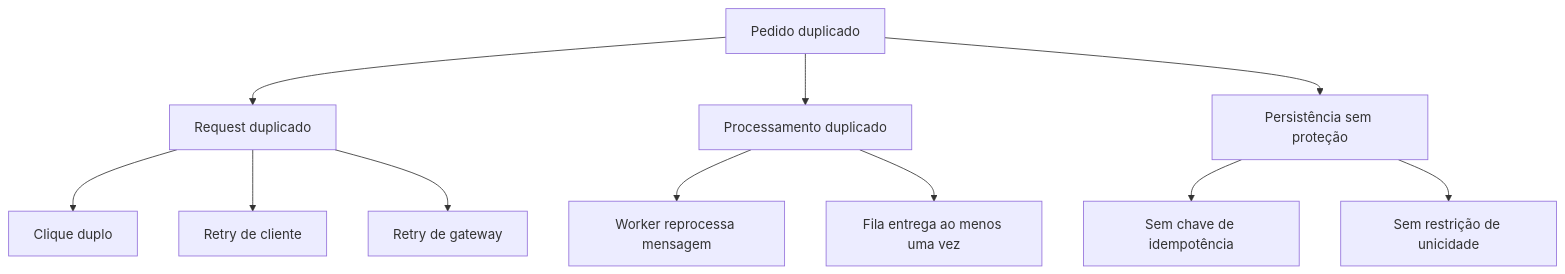
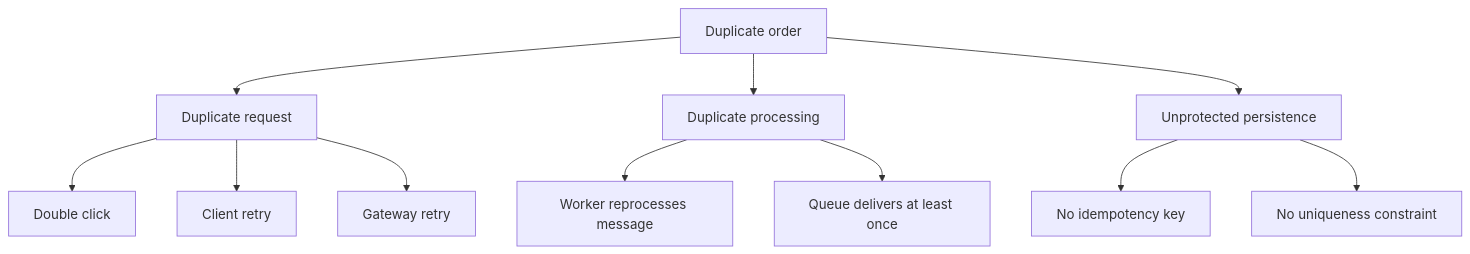
Before and after one commit to rpelizza/PelizzAI: the fourth of 5 diagrams in dist/.agents/skills/pelizzai-reasoning/techniques/root-cause-analysis.md, drawn with Mermaid. The commit also changed other lines of this file and 362 other files, not shown here.

````diff
--- a/dist/.agents/skills/pelizzai-reasoning/techniques/root-cause-analysis.md
+++ b/dist/.agents/skills/pelizzai-reasoning/techniques/root-cause-analysis.md
@@ -464,16 +464,16 @@
 ```mermaid
 flowchart TD
-    A[Pedido duplicado] --> B[Request duplicado]
-    A --> C[Processamento duplicado]
-    A --> D[Persistência sem proteção]
+    A[Duplicate order] --> B[Duplicate request]
+    A --> C[Duplicate processing]
+    A --> D[Unprotected persistence]
 
-    B --> E[Clique duplo]
-    B --> F[Retry de cliente]
-    B --> G[Retry de gateway]
+    B --> E[Double click]
+    B --> F[Client retry]
+    B --> G[Gateway retry]
 
-    C --> H[Worker reprocessa mensagem]
-    C --> I[Fila entrega ao menos uma vez]
+    C --> H[Worker reprocesses message]
+    C --> I[Queue delivers at least once]
 
-    D --> J[Sem chave de idempotência]
-    D --> K[Sem restrição de unicidade]
+    D --> J[No idempotency key]
+    D --> K[No uniqueness constraint]
 ```
````
